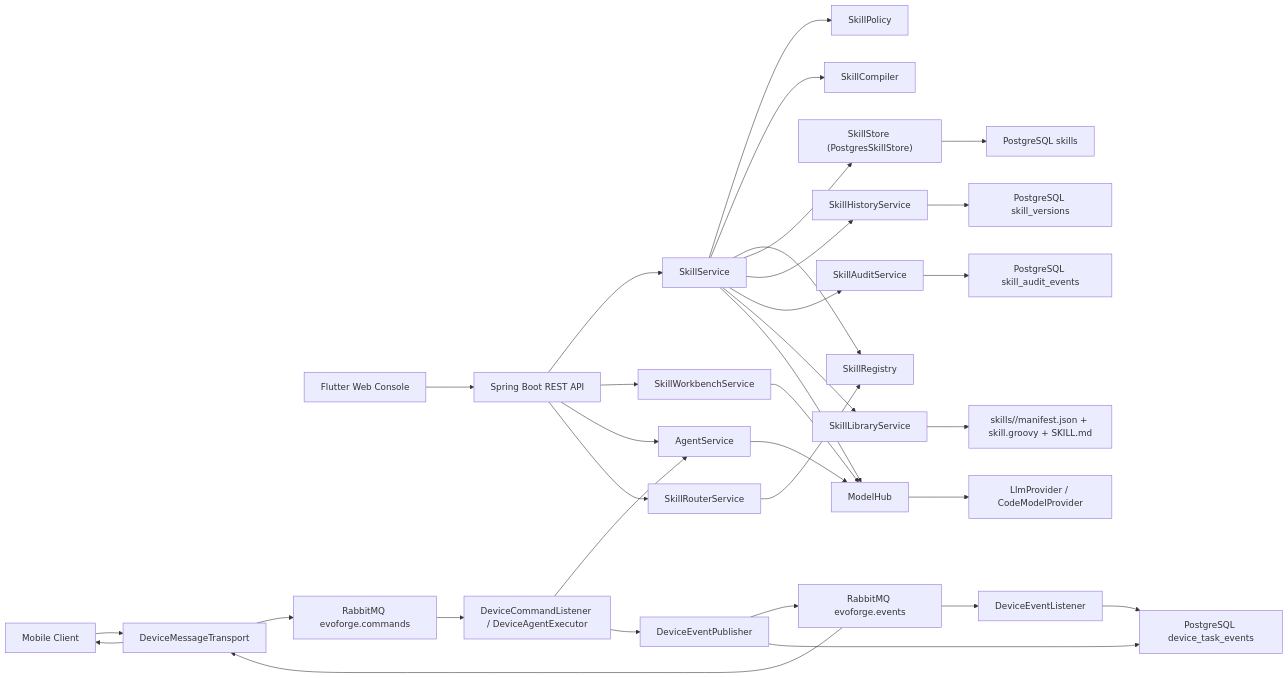
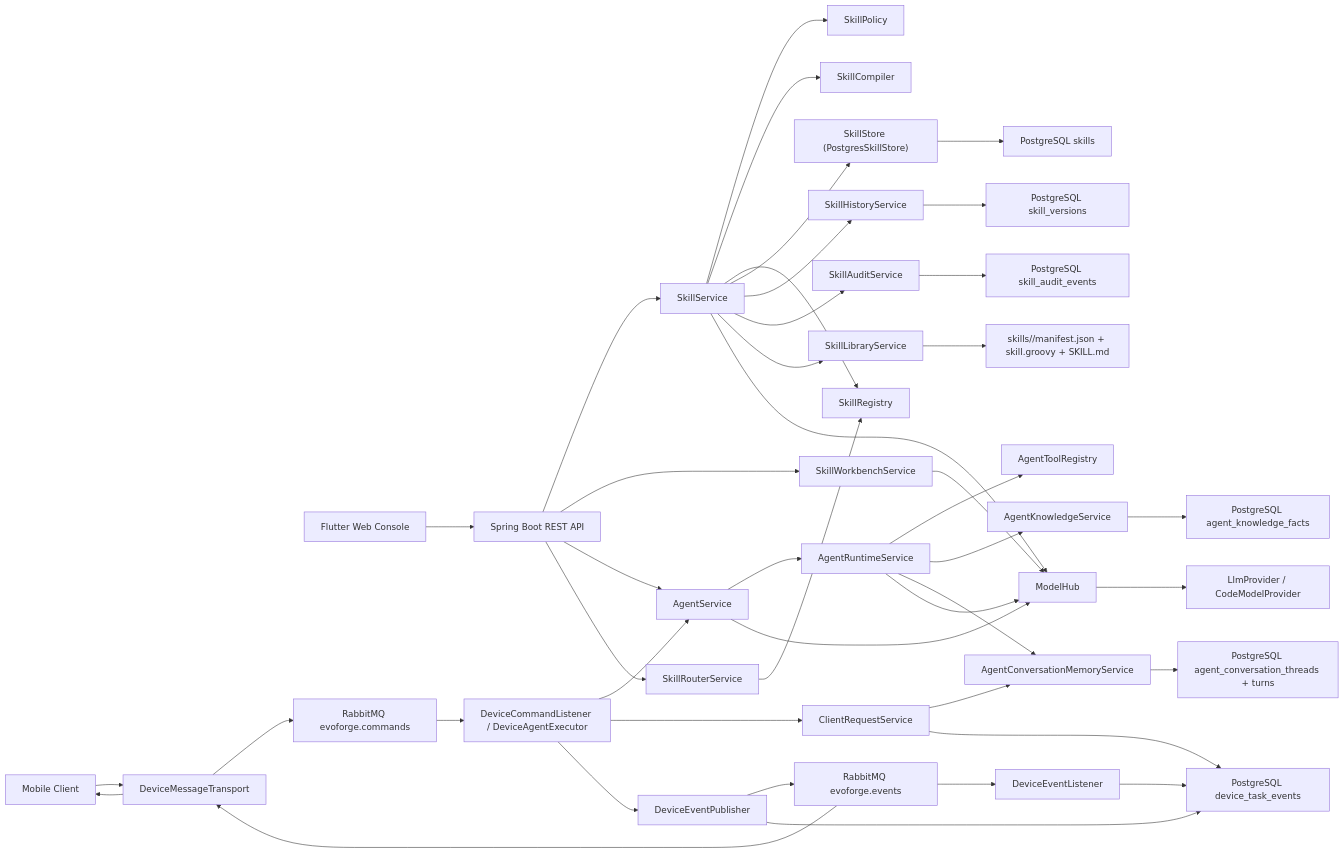
One commit to binghandsom/EvoForge changed the diagram in docs/ARCHITECTURE.md. Above: the diagram before and after it, drawn with Mermaid. The commit also changed other lines of this file and 44 other files, not shown here.

````diff
--- a/docs/ARCHITECTURE.md
+++ b/docs/ARCHITECTURE.md
@@ -68,40 +104,50 @@
 ```mermaid
 flowchart LR
   UI["Flutter Web Console"] --> API["Spring Boot REST API"]
   Mobile["Mobile Client"] --> MobileTransport["DeviceMessageTransport"]
   MobileTransport --> CmdExchange["RabbitMQ evoforge.commands"]
   EventExchange["RabbitMQ evoforge.events"] --> MobileTransport
   MobileTransport --> Mobile
 
   API --> SkillSvc["SkillService"]
   API --> Workbench["SkillWorkbenchService"]
   API --> AgentSvc["AgentService"]
+  AgentSvc --> AgentRuntime["AgentRuntimeService"]
+  AgentRuntime --> Tools["AgentToolRegistry"]
+  AgentRuntime --> Knowledge["AgentKnowledgeService"]
+  AgentRuntime --> Conversation["AgentConversationMemoryService"]
   API --> Router["SkillRouterService"]
   CmdExchange --> DeviceAgent["DeviceCommandListener / DeviceAgentExecutor"]
   DeviceAgent --> AgentSvc
+  DeviceAgent --> ClientRequests["ClientRequestService"]
   DeviceAgent --> EventPublisher["DeviceEventPublisher"]
   EventPublisher --> EventExchange
   EventExchange --> EventInbox["DeviceEventListener"]
   EventInbox --> PgTaskEvents
 
   SkillSvc --> Policy["SkillPolicy"]
   SkillSvc --> Compiler["SkillCompiler"]
   SkillSvc --> Registry["SkillRegistry"]
   SkillSvc --> Store["SkillStore (PostgresSkillStore)"]
   SkillSvc --> History["SkillHistoryService"]
   SkillSvc --> Audit["SkillAuditService"]
   SkillSvc --> Library["SkillLibraryService"]
   SkillSvc --> ModelHub["ModelHub"]
 
   Workbench --> ModelHub
   AgentSvc --> ModelHub
+  AgentRuntime --> ModelHub
+  ClientRequests --> Conversation
+  ClientRequests --> PgTaskEvents
   Router --> Registry
 
   Store --> PgSkills["PostgreSQL skills"]
   History --> PgHistory["PostgreSQL skill_versions"]
   Audit --> PgAudit["PostgreSQL skill_audit_events"]
   EventPublisher --> PgTaskEvents["PostgreSQL device_task_events"]
+  Knowledge --> PgKnowledge["PostgreSQL agent_knowledge_facts"]
+  Conversation --> PgConversation["PostgreSQL agent_conversation_threads + turns"]
   Library --> GitFiles["skills/<id>/manifest.json + skill.groovy + SKILL.md"]
 
   ModelHub --> Providers["LlmProvider / CodeModelProvider"]
 ```
````
